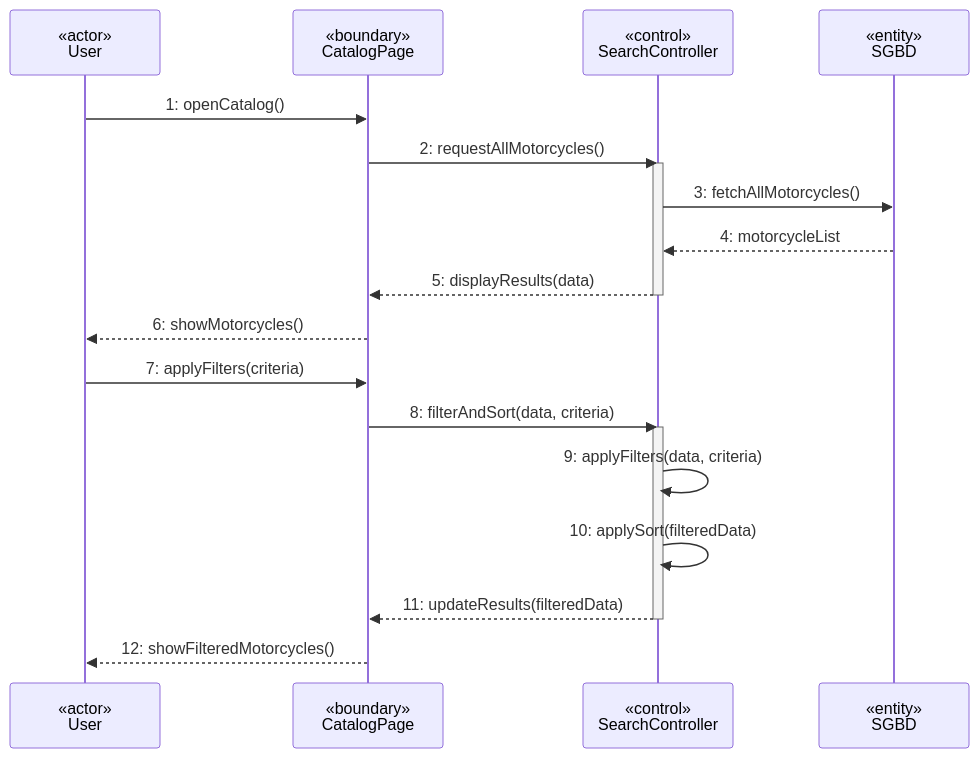
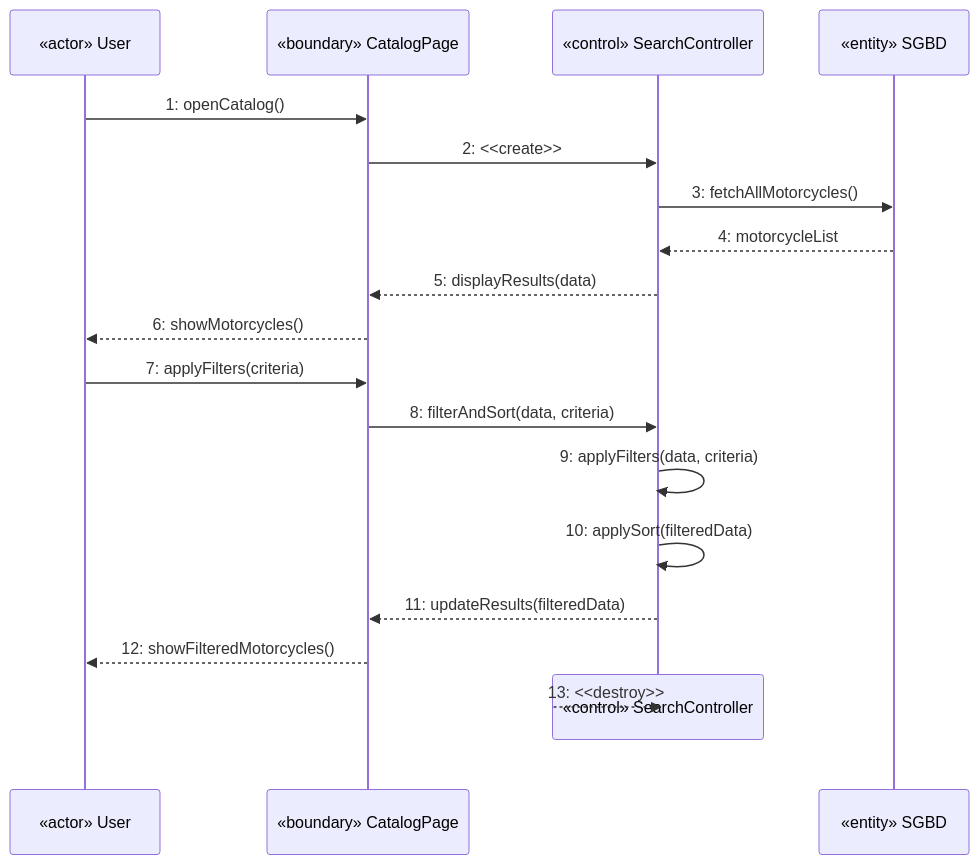
The third of 6 diagrams in Facultate/Anul 2/Sem 2/ISS/Iteratia 1/Diagrame.md (Manu-Ioan-Daniel/UBB), drawn with Mermaid before and after one commit. The commit also changed other lines of this file and 20 other files, not shown here.

````diff
--- a/Facultate/Anul 2/Sem 2/ISS/Iteratia 1/Diagrame.md
+++ b/Facultate/Anul 2/Sem 2/ISS/Iteratia 1/Diagrame.md
@@ -49,25 +58,22 @@
 ```mermaid
 sequenceDiagram
-    participant U as «actor»<br/>User
-    participant B as «boundary»<br/>CatalogPage
-    participant C as «control»<br/>SearchController
-    participant S as «entity»<br/>SGBD
+    participant U as «actor» User
+    participant B as «boundary» CatalogPage
+    participant C as «control» SearchController
+    participant S as «entity» SGBD
 
     U->>B: 1: openCatalog()
-    B->>C: 2: requestAllMotorcycles()
-    activate C
+    B->>C: 2: <<create>>
     C->>S: 3: fetchAllMotorcycles()
     S-->>C: 4: motorcycleList
     C-->>B: 5: displayResults(data)
-    deactivate C
     B-->>U: 6: showMotorcycles()
     U->>B: 7: applyFilters(criteria)
     B->>C: 8: filterAndSort(data, criteria)
-    activate C
     C->>C: 9: applyFilters(data, criteria)
     C->>C: 10: applySort(filteredData)
     C-->>B: 11: updateResults(filteredData)
-    deactivate C
     B-->>U: 12: showFilteredMotorcycles()
-
+    destroy C
+    C-->>C: 13: <<destroy>>
 ```
````
